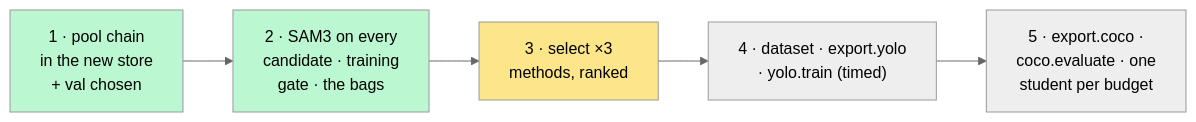
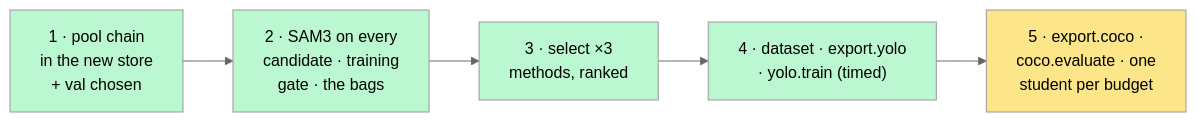
The diagram in dev/notes/milestones/M4.md (cupcakes04/Rin), drawn with Mermaid (neutral theme) before and after one commit. The commit also changed other lines of this file and 27 other files, not shown here.

````diff
--- a/dev/notes/milestones/M4.md
+++ b/dev/notes/milestones/M4.md
@@ -7,10 +7,12 @@
 ```mermaid
 flowchart LR
     S1["1 · pool chain<br/>in the new store<br/>+ val chosen"] --> S2["2 · SAM3 on every<br/>candidate · training<br/>gate · the bags"]
     S2 --> S3["3 · select ×3<br/>methods, ranked"]
     S3 --> S4["4 · dataset · export.yolo<br/>· yolo.train (timed)"]
     S4 --> S5["5 · export.coco ·<br/>coco.evaluate · one<br/>student per budget"]
     style S1 fill:#bbf7d0,color:#000
     style S2 fill:#bbf7d0,color:#000
-    style S3 fill:#fde68a,color:#000
+    style S3 fill:#bbf7d0,color:#000
+    style S4 fill:#bbf7d0,color:#000
+    style S5 fill:#fde68a,color:#000
 ```
````
